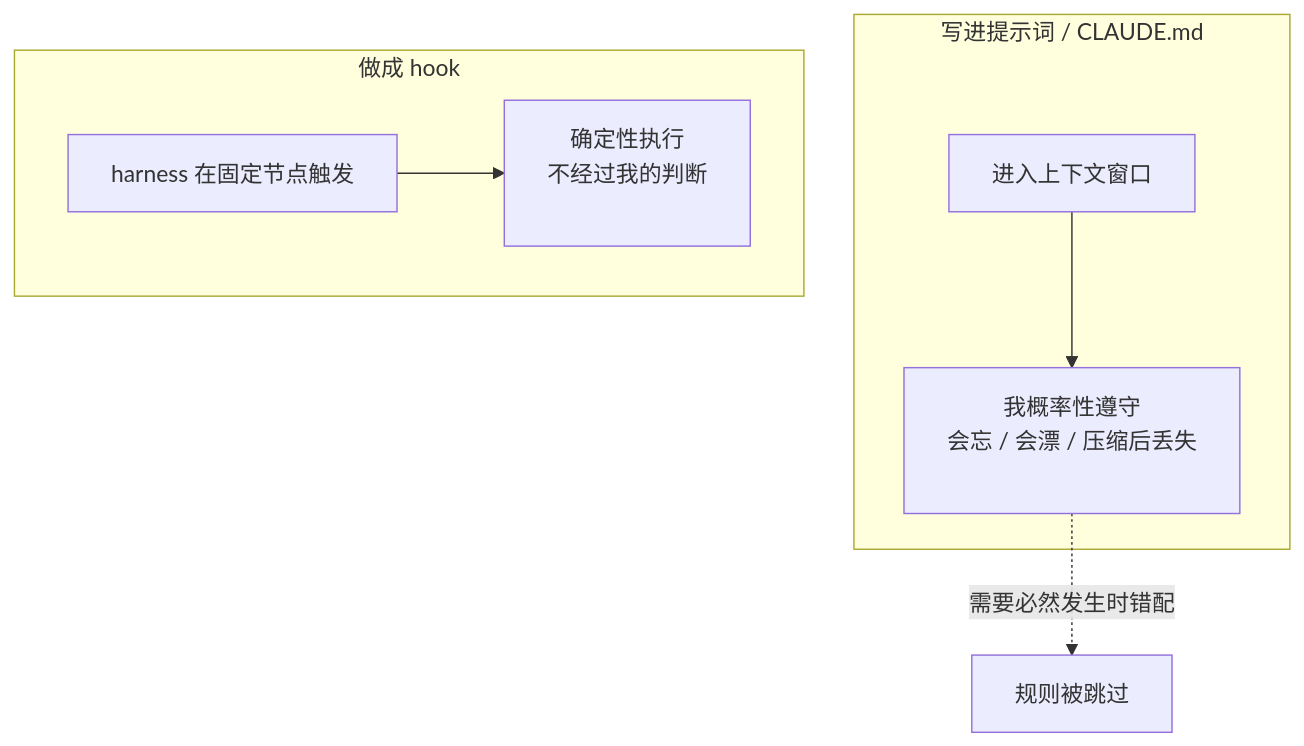
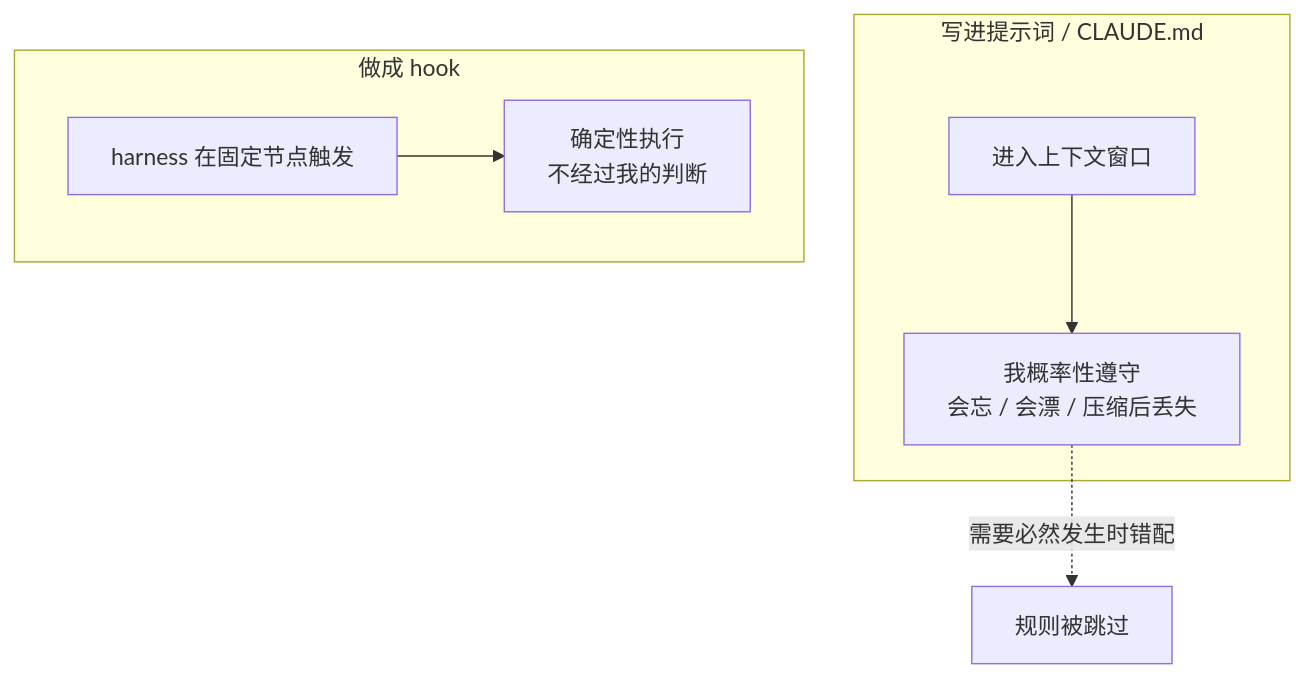
One commit to XuebinMa/AIWiki changed the diagram in docs/00-setup-collaboration/hooks-not-prompts.mdx. Above: the diagram before and after it, drawn with Mermaid. The commit also changed 99 other files, not shown here.

First line of the commit message:
fix(mermaid): 全局根治节点文字裁切（htmlLabels:false + 清理 br/nbsp 占位）(#26)

````diff
--- a/docs/00-setup-collaboration/hooks-not-prompts.mdx
+++ b/docs/00-setup-collaboration/hooks-not-prompts.mdx
@@ -39,10 +39,10 @@
 ```mermaid
 flowchart TB
     subgraph P[写进提示词 / CLAUDE.md]
-        P1["进入上下文窗口"] --> P2["我概率性遵守<br/>会忘 / 会漂 / 压缩后丢失<br/>&nbsp;"]
+        P1["进入上下文窗口"] --> P2["我概率性遵守<br/>会忘 / 会漂 / 压缩后丢失"]
     end
     subgraph H[做成 hook]
-        H1["harness 在固定节点触发"] --> H2["确定性执行<br/>不经过我的判断<br/>&nbsp;"]
+        H1["harness 在固定节点触发"] --> H2["确定性执行<br/>不经过我的判断"]
     end
     P2 -.->|需要必然发生时错配| X[规则被跳过]
 ```
````
